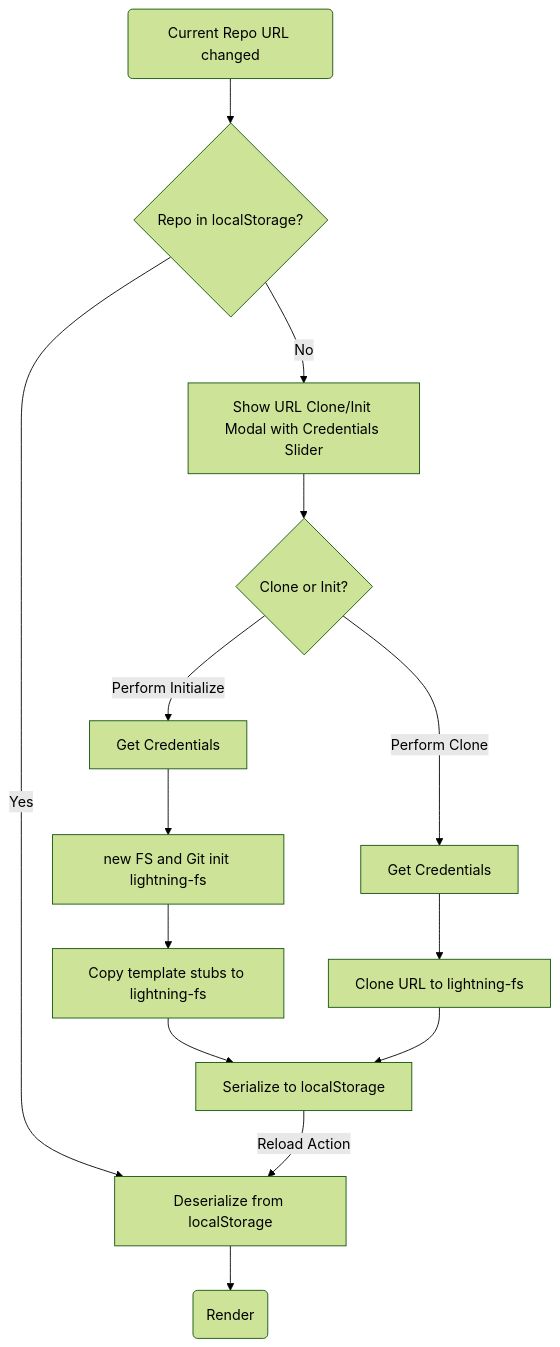
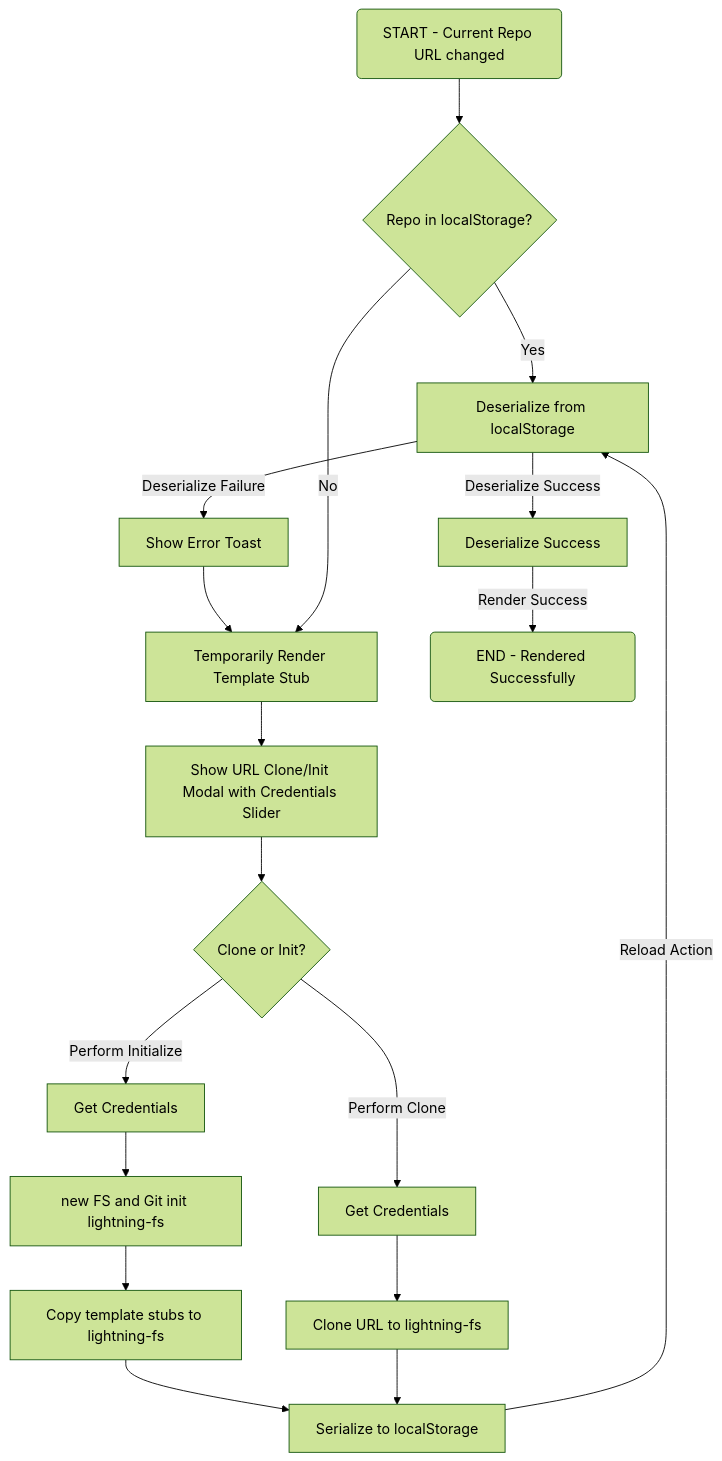
One commit to sengac/gitfeatures-spec changed the diagram in t4rD77Dy-co_tSRwiscVs.md. Above: the diagram before and after it, drawn with Mermaid (forest theme).

````diff
--- a/t4rD77Dy-co_tSRwiscVs.md
+++ b/t4rD77Dy-co_tSRwiscVs.md
@@ -10,16 +10,20 @@
 ```mermaid
 graph TD
-    A(Current Repo URL changed) --> B{Repo in localStorage?}
+    A(START - Current Repo URL changed) --> B{Repo in localStorage?}
     B -->|Yes| deserialize[Deserialize from localStorage]
-    deserialize --> render(Render)
-    B -->|No| E[Show Init/Clone Modal]
+    deserialize -->|Deserialize Success| deserializeSuccess[Deserialize Success]
+    deserialize -->|Deserialize Failure| errorToast[Show Error Toast]
+    errorToast --> temporarilyRenderStub
+    deserializeSuccess -->|Render Success| renderSuccess(END - Rendered Successfully)
+    B -->|No| temporarilyRenderStub[Temporarily Render Template Stub]
+    temporarilyRenderStub --> E[Show Init/Clone Modal]
     E[Show URL Clone/Init Modal with Credentials Slider] --> F{Clone or Init?}
     F -->|Perform Clone| G[Get Credentials]
     F -->|Perform Initialize| H[Get Credentials]
     H --> git-init[new FS and Git init lightning-fs]
     git-init --> copy-stub[Copy template stubs to lightning-fs]
     copy-stub --> serialize[Serialize to localStorage]
     G --> I[Clone URL to lightning-fs]
     I --> serialize
     serialize --> |Reload Action| deserialize
 ```
````
